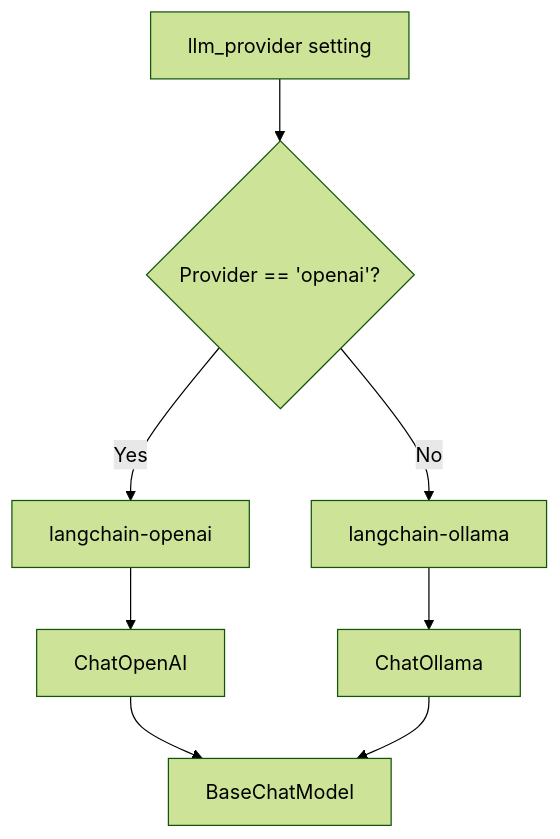
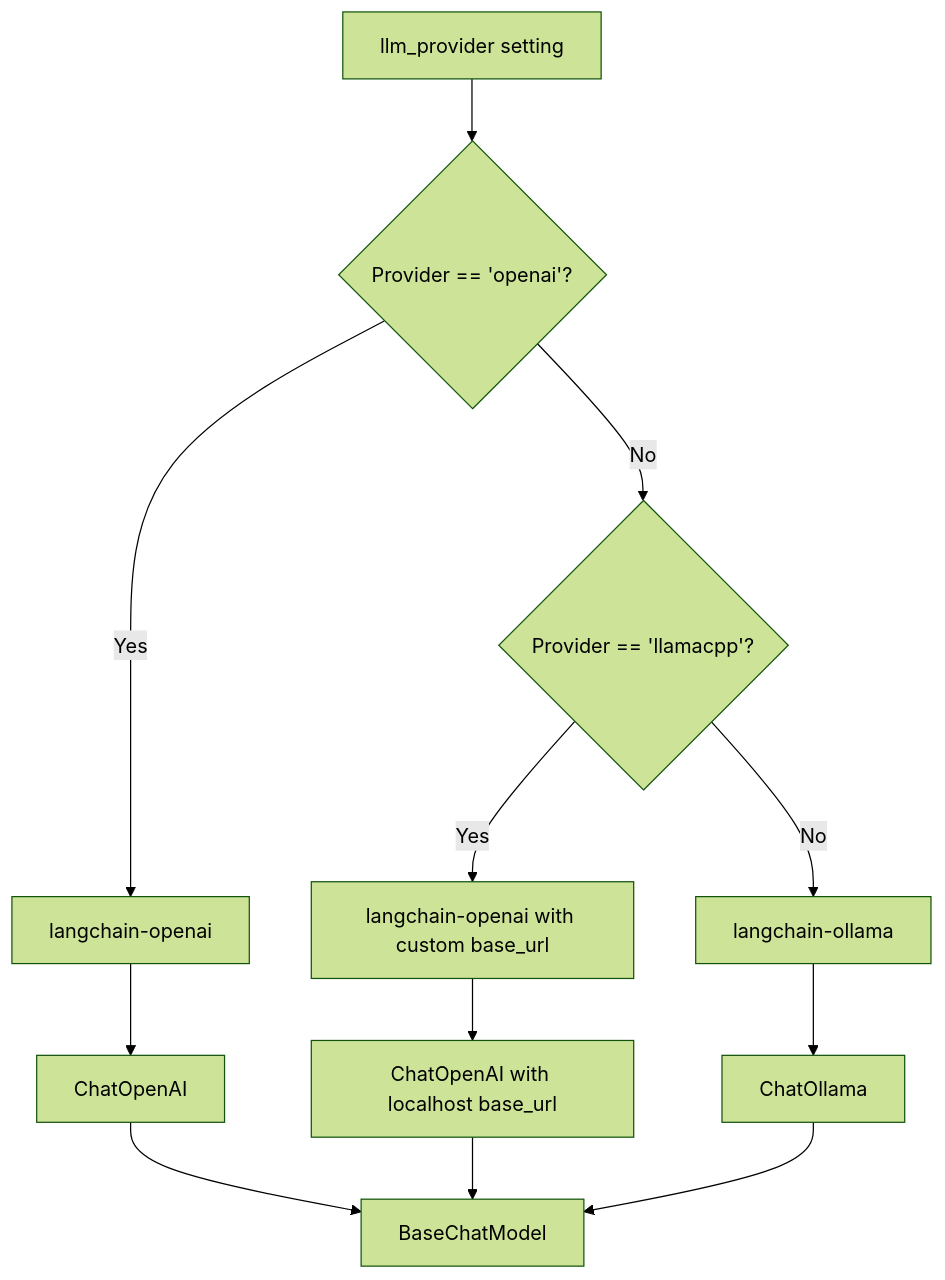
One commit to ognelis/cafetera_hr_bot changed diagram 11 of 12 in .qoder/repowiki/en/content/RAG Integration.md. Above: the diagram before and after it, drawn with Mermaid (forest theme). The commit also changed other lines of this file and 10 other files, not shown here.

Commit message:
CAFETERA-1 Added llama.cpp support

````diff
--- a/.qoder/repowiki/en/content/RAG Integration.md
+++ b/.qoder/repowiki/en/content/RAG Integration.md
@@ -492,10 +578,14 @@
 ```mermaid
 flowchart TD
 ProviderConfig["llm_provider setting"] --> CheckOpenAI{"Provider == 'openai'?"}
 CheckOpenAI --> |Yes| OpenAIAdapter["langchain-openai"]
-CheckOpenAI --> |No| OllamaAdapter["langchain-ollama"]
+CheckOpenAI --> |No| CheckLlamaCPP{"Provider == 'llamacpp'?"}
+CheckLlamaCPP --> |Yes| LlamaCPPAdapter["langchain-openai with custom base_url"]
+CheckLlamaCPP --> |No| OllamaAdapter["langchain-ollama"]
 OpenAIAdapter --> ChatOpenAI["ChatOpenAI"]
+LlamaCPPAdapter --> ChatOpenAICustom["ChatOpenAI with localhost base_url"]
 OllamaAdapter --> ChatOllama["ChatOllama"]
 ChatOpenAI --> LLMInstance["BaseChatModel"]
+ChatOpenAICustom --> LLMInstance
 ChatOllama --> LLMInstance
 ```
````
